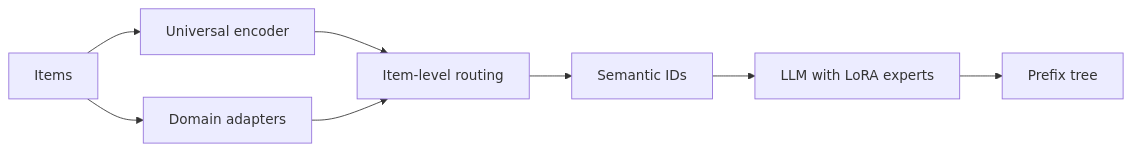
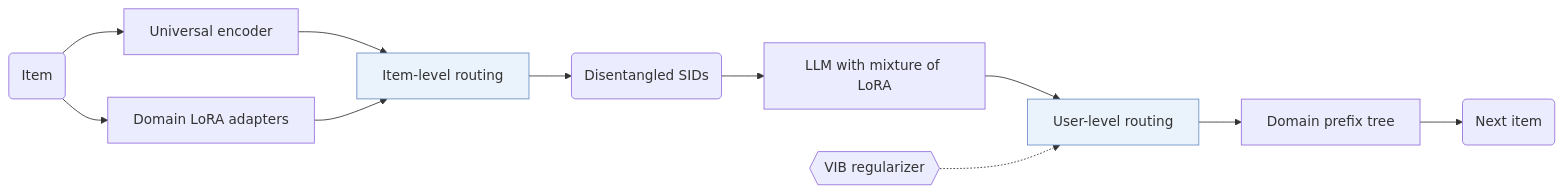
One commit to Galaxy-ghost/Awesome-SID-Generative-Rec changed the diagram in notes/gencdr.md. Above: the diagram before and after it, drawn with Mermaid. The commit also changed 521 other files, not shown here.

Commit message:
writer-04 part 3: algorithm diagrams with shared shape conventions, README hero and paper cards, archive removed

````diff
--- a/notes/gencdr.md
+++ b/notes/gencdr.md
@@ -13,10 +13,14 @@
 ```mermaid
 flowchart LR
-    A[Items] --> B[Universal encoder]
-    A --> C[Domain adapters]
-    B --> D[Item-level routing]
+    A("Item") --> B["Universal encoder"]
+    A --> C["Domain LoRA adapters"]
+    B --> D["Item-level routing"]:::key
     C --> D
-    D --> E[Semantic IDs]
-    E --> F[LLM with LoRA experts]
-    F --> G[Prefix tree]
+    D --> E("Disentangled SIDs")
+    E --> F["LLM with mixture of LoRA"]
+    F --> G["User-level routing"]:::key
+    L1{{"VIB regularizer"}} -.-> G
+    G --> H["Domain prefix tree"]
+    H --> I("Next item")
+    classDef key fill:#eaf2fb,stroke:#6b8fc7
 ```
````
